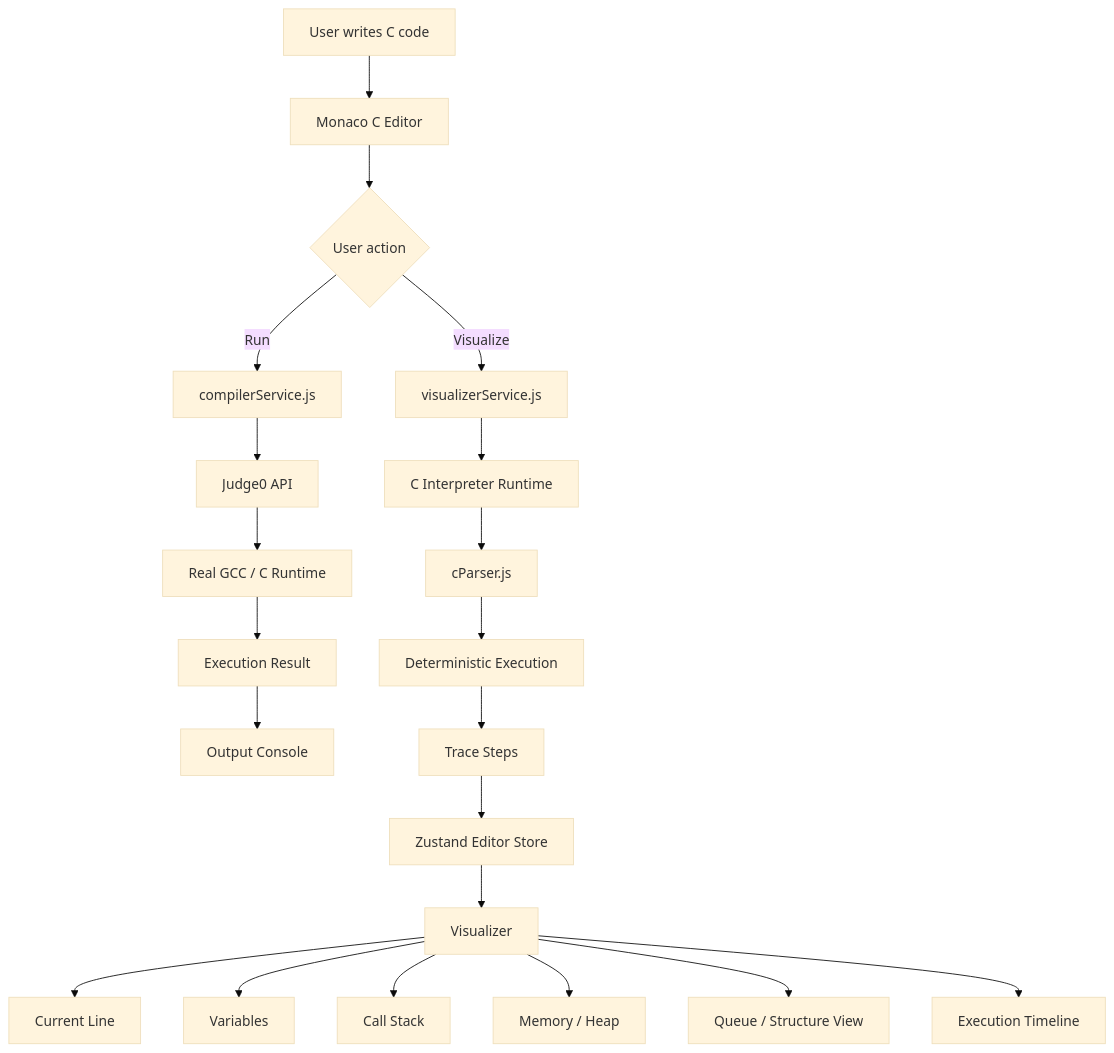
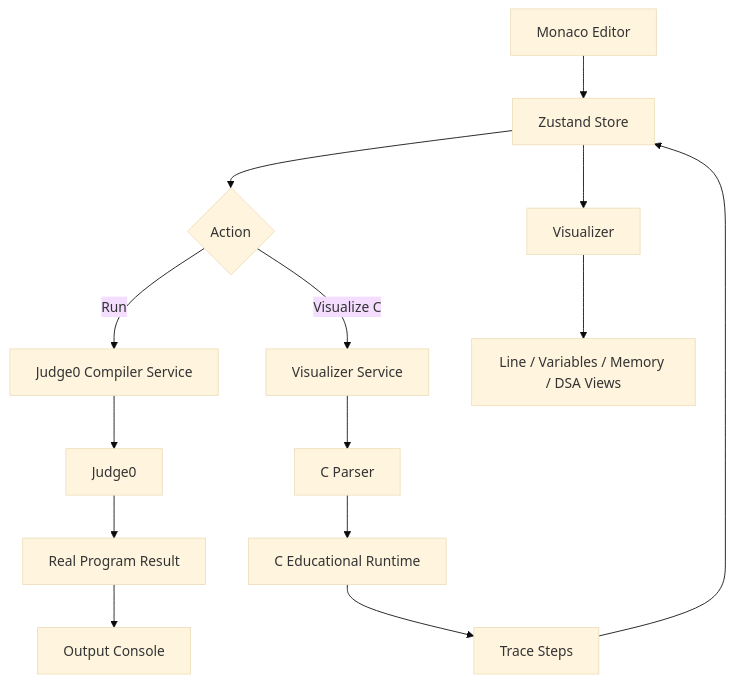
The diagram in README.md (lopchansayun/Vibed-Visualizer), drawn with Mermaid (base theme) before and after one commit. The commit also changed other lines of this file and 13 other files, not shown here.

````diff
--- a/README.md
+++ b/README.md
@@ -22,26 +66,17 @@
 ```mermaid
 flowchart TD
-    A[User writes C code] --> B[Monaco C Editor]
-    B --> C{User action}
+    A[Monaco Editor] --> B[Zustand Store]
+    B --> C{Action}
+    C -->|Run| D[Judge0 Compiler Service]
+    D --> E[Judge0]
+    E --> F[Real Program Result]
+    F --> G[Output Console]
 
-    C -->|Run| D[compilerService.js]
-    D --> E[Judge0 API]
-    E --> F[Real GCC / C Runtime]
-    F --> G[Execution Result]
-    G --> H[Output Console]
-
-    C -->|Visualize| I[visualizerService.js]
-    I --> J[C Interpreter Runtime]
-    J --> K[cParser.js]
-    K --> L[Deterministic Execution]
-    L --> M[Trace Steps]
-    M --> N[Zustand Editor Store]
-    N --> O[Visualizer]
-
-    O --> P[Current Line]
-    O --> Q[Variables]
-    O --> R[Call Stack]
-    O --> S[Memory / Heap]
-    O --> T[Queue / Structure View]
-    O --> U[Execution Timeline]
+    C -->|Visualize C| H[Visualizer Service]
+    H --> I[C Parser]
+    I --> J[C Educational Runtime]
+    J --> K[Trace Steps]
+    K --> B
+    B --> L[Visualizer]
+    L --> M[Line / Variables / Memory / DSA Views]
 ```
````
